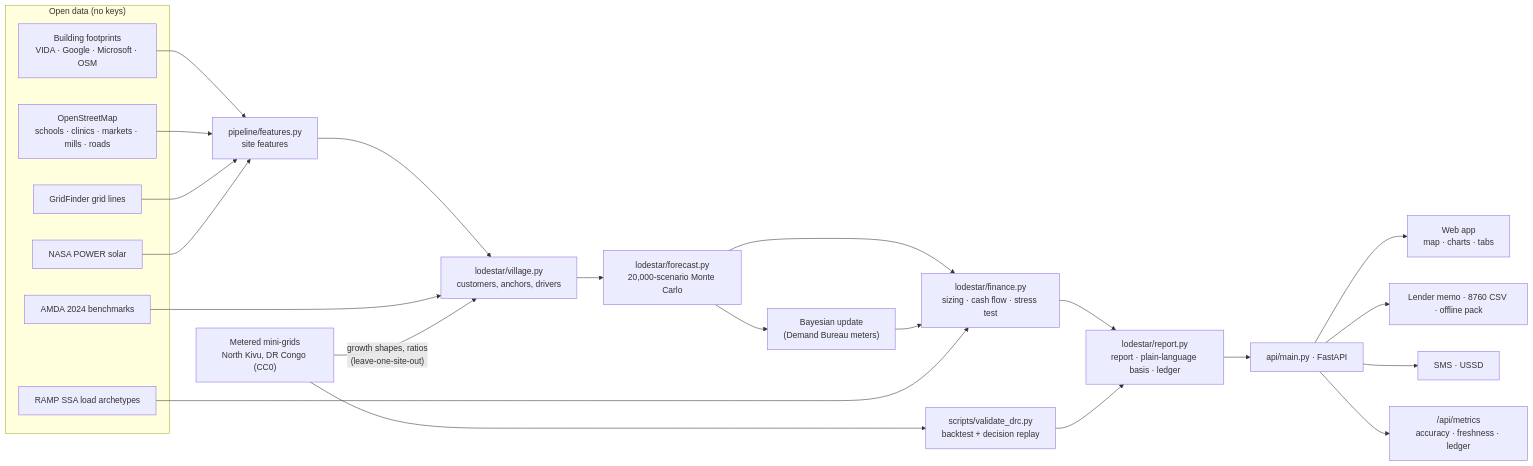
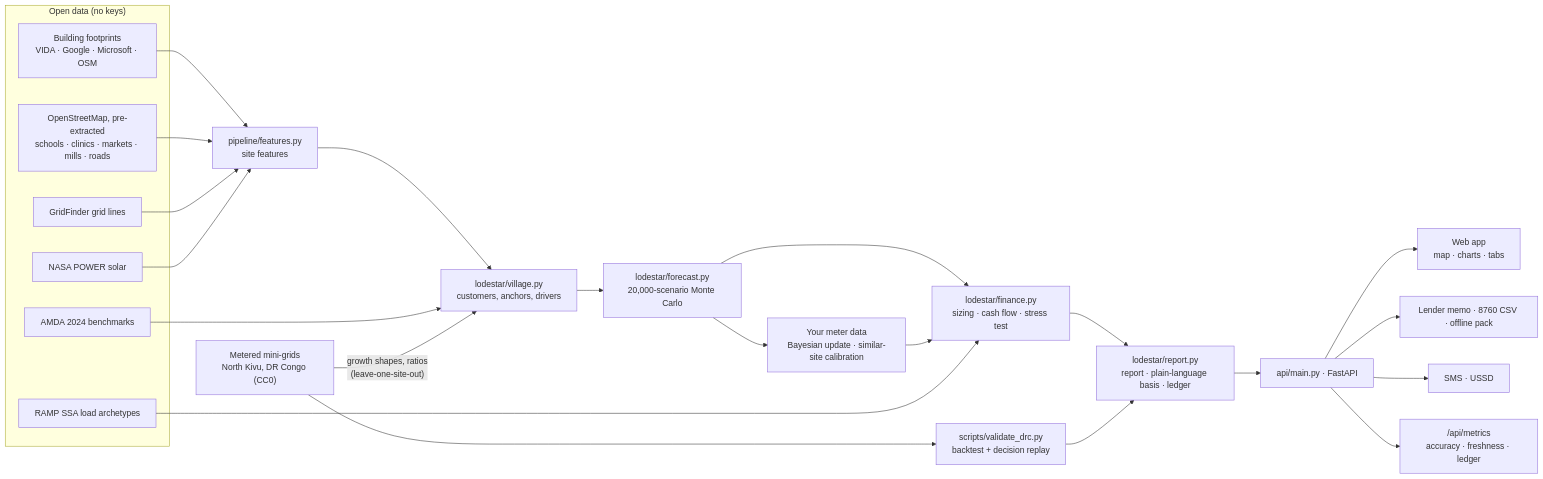
The diagram in README.md (TusharTechs/lodestar), drawn with Mermaid before and after one commit. The commit also changed other lines of this file and 12 other files, not shown here.

First line of the commit message:
New locations in ~15 s instead of minutes; add your own meter data; wider report view

````diff
--- a/README.md
+++ b/README.md
@@ -70,29 +71,29 @@
 ```mermaid
 flowchart LR
   subgraph OPEN["Open data (no keys)"]
     B["Building footprints<br/>VIDA · Google · Microsoft · OSM"]
-    O["OpenStreetMap<br/>schools · clinics · markets · mills · roads"]
+    O["OpenStreetMap, pre-extracted<br/>schools · clinics · markets · mills · roads"]
     G["GridFinder grid lines"]
     N["NASA POWER solar"]
     R["RAMP SSA load archetypes"]
     A["AMDA 2024 benchmarks"]
   end
   M["Metered mini-grids<br/>North Kivu, DR Congo (CC0)"]
 
   B & O & G & N --> P["pipeline/features.py<br/>site features"]
   P --> V["lodestar/village.py<br/>customers, anchors, drivers"]
   A --> V
   M -->|"growth shapes, ratios<br/>(leave-one-site-out)"| V
   V --> F["lodestar/forecast.py<br/>20,000-scenario Monte Carlo"]
-  F --> U["Bayesian update<br/>(Demand Bureau meters)"]
+  F --> U["Your meter data<br/>Bayesian update · similar-site calibration"]
   F & U --> FIN["lodestar/finance.py<br/>sizing · cash flow · stress test"]
   R --> FIN
   FIN --> REP["lodestar/report.py<br/>report · plain-language basis · ledger"]
   M --> VAL["scripts/validate_drc.py<br/>backtest + decision replay"]
   VAL --> REP
   REP --> API["api/main.py · FastAPI"]
   API --> WEB["Web app<br/>map · charts · tabs"]
   API --> MEMO["Lender memo · 8760 CSV · offline pack"]
   API --> SMS["SMS · USSD"]
   API --> MET["/api/metrics<br/>accuracy · freshness · ledger"]
 ```
````
